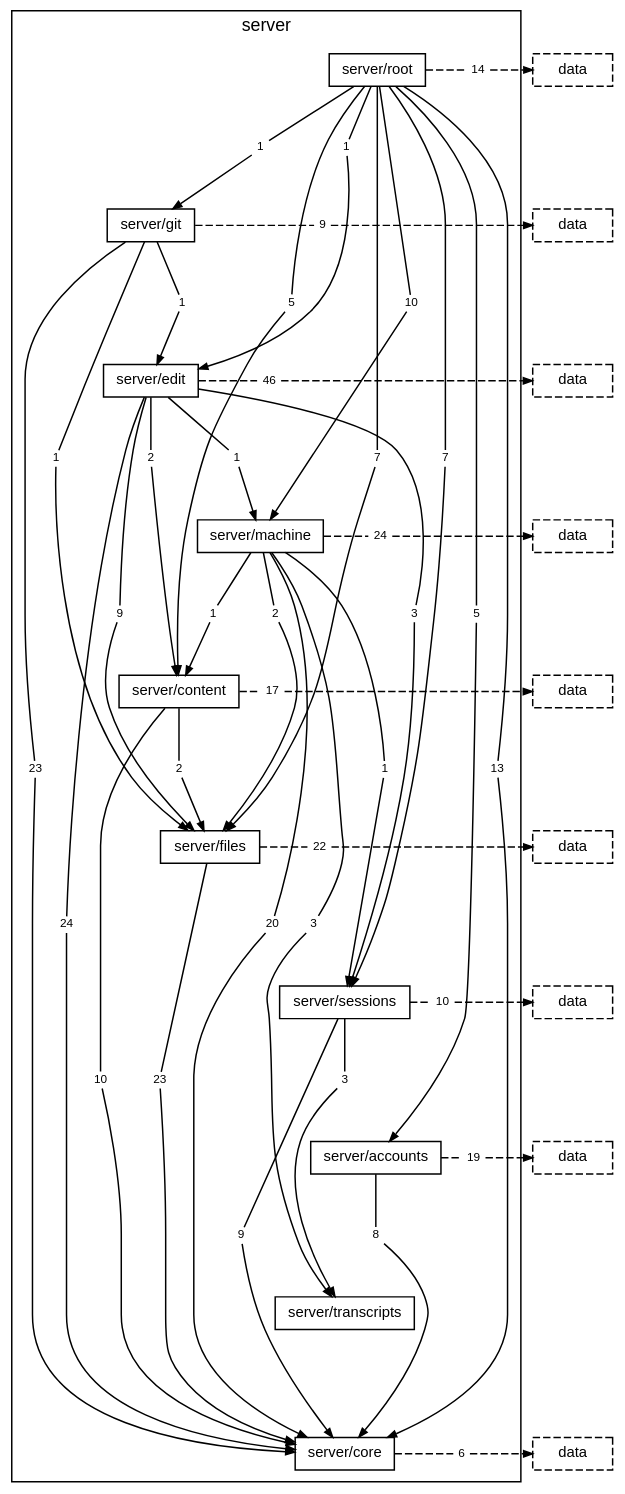
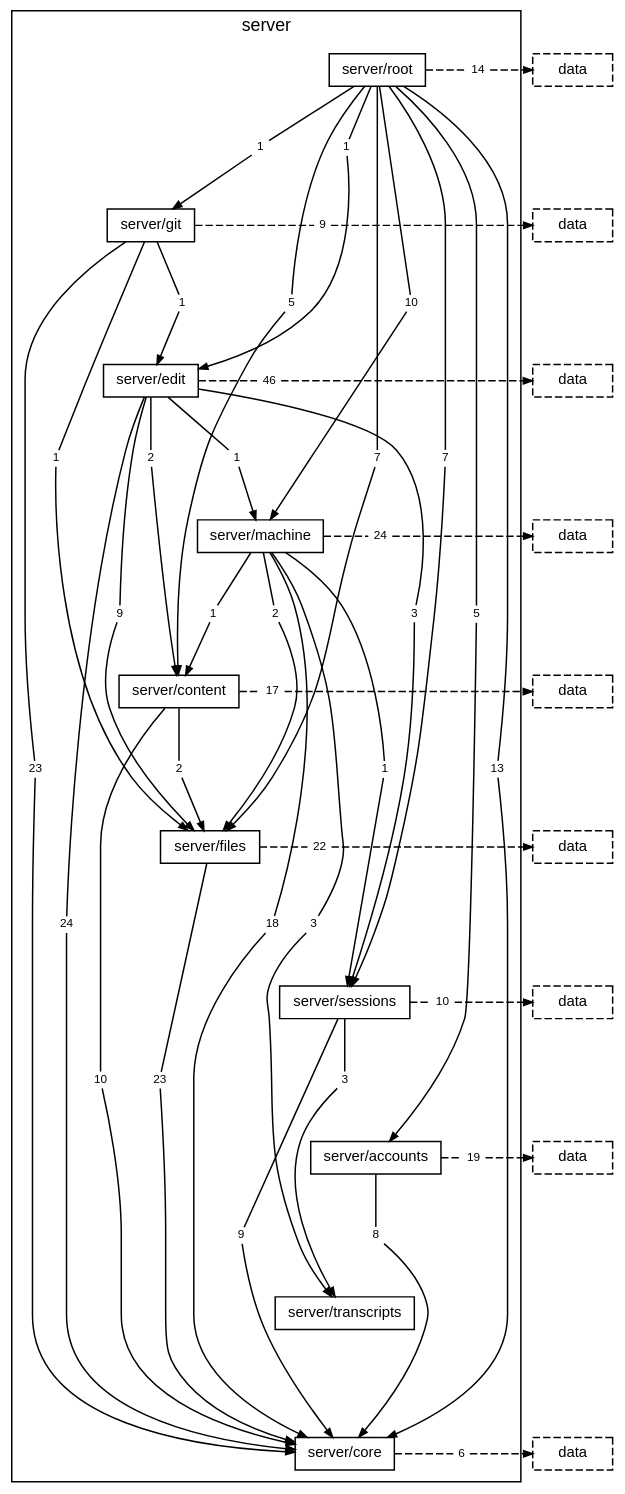
Before and after one commit to TheAxeC/oculus: the diagram in docs/diagrams/layer-server.dot, drawn with Graphviz. The commit also changed 75 other files, not shown here.

```diff
--- a/docs/diagrams/layer-server.dot
+++ b/docs/diagrams/layer-server.dot
@@ -34,7 +34,7 @@
         "folder server/edit to folder server/sessions" [label="3", shape=box, color="transparent", fontsize=8, width=0, height=0, margin="0.04,0.02"];
         "folder server/edit to layer data" [label="46", shape=box, color="transparent", fontsize=8, width=0, height=0, margin="0.04,0.02"];
         "folder server/machine to folder server/content" [label="1", shape=box, color="transparent", fontsize=8, width=0, height=0, margin="0.04,0.02"];
-        "folder server/machine to folder server/core" [label="20", shape=box, color="transparent", fontsize=8, width=0, height=0, margin="0.04,0.02"];
+        "folder server/machine to folder server/core" [label="18", shape=box, color="transparent", fontsize=8, width=0, height=0, margin="0.04,0.02"];
         "folder server/machine to folder server/files" [label="2", shape=box, color="transparent", fontsize=8, width=0, height=0, margin="0.04,0.02"];
         "folder server/machine to folder server/sessions" [label="1", shape=box, color="transparent", fontsize=8, width=0, height=0, margin="0.04,0.02"];
         "folder server/machine to folder server/transcripts" [label="3", shape=box, color="transparent", fontsize=8, width=0, height=0, margin="0.04,0.02"];
```
